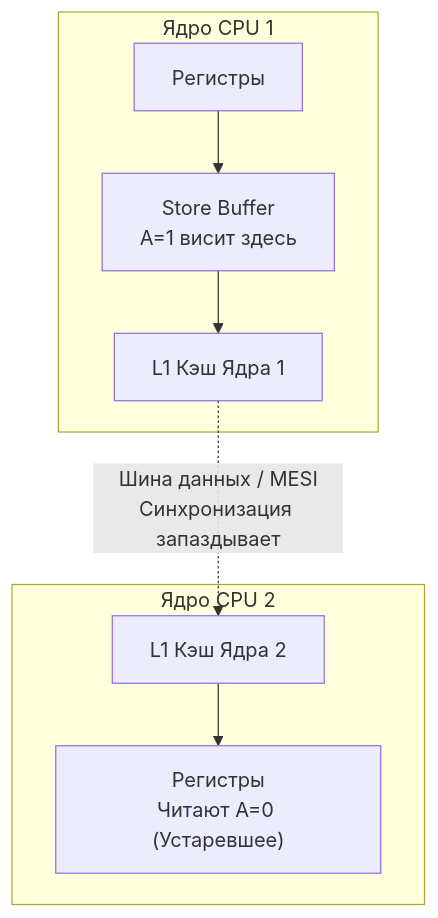
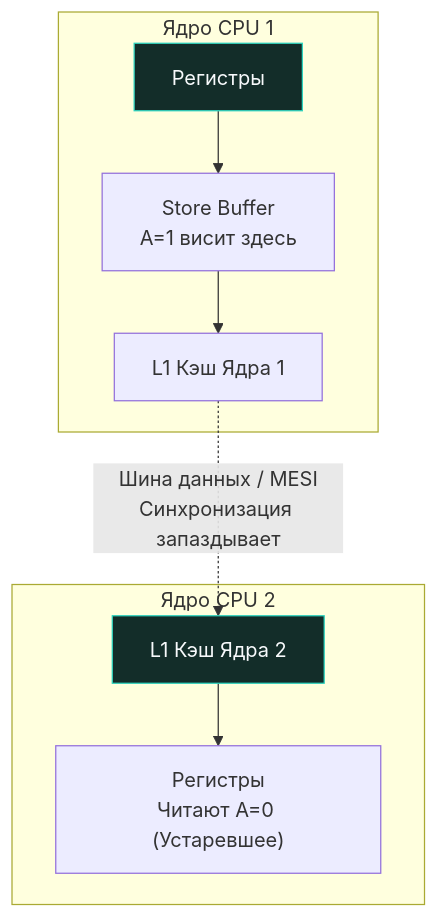
One commit to UnrealTemplier/go-textbook changed the first of 3 diagrams in sources/5. Учебник по Go (Основы и синтаксис)/42. Race Condition и Go Memory Model.md. Above: the diagram before and after it, drawn with Mermaid. The commit also changed other lines of this file and 1666 other files, not shown here.

First line of the commit message:
feat(mermaid): add semantic color classDef to 1369 colorless flowchart/graph diagrams

````diff
--- a/sources/5. Учебник по Go (Основы и синтаксис)/42. Race Condition и Go Memory Model.md
+++ b/sources/5. Учебник по Go (Основы и синтаксис)/42. Race Condition и Go Memory Model.md
@@ -31,13 +31,23 @@
 ```mermaid
 flowchart TD
+    classDef process  fill:#1e293b,stroke:#38bdf8,stroke-width:1px,color:#f8fafc
+    classDef success  fill:#064e3b,stroke:#34d399,stroke-width:1px,color:#f8fafc
+    classDef error    fill:#7f1d1d,stroke:#f87171,stroke-width:1px,color:#f8fafc
+    classDef warning  fill:#78350f,stroke:#fbbf24,stroke-width:1px,color:#f8fafc
+    classDef entry    fill:#1e3a5f,stroke:#38bdf8,stroke-width:2px,color:#f8fafc
+    classDef aux      fill:#334155,stroke:#64748b,stroke-width:1px,color:#f8fafc
+    classDef system   fill:#312e81,stroke:#a78bfa,stroke-width:1px,color:#f8fafc
+    classDef data     fill:#132d29,stroke:#2dd4bf,stroke-width:1px,color:#f8fafc
+    classDef network  fill:#881337,stroke:#fb7185,stroke-width:1px,color:#f8fafc
+    classDef accent   fill:#1e1b4b,stroke:#818cf8,stroke-width:1px,color:#f8fafc
     subgraph Core1 ["Ядро CPU 1"]
-        Reg1["Регистры"] --> SB1["Store Buffer<br>A=1 висит здесь"]
+        Reg1["Регистры"]:::data --> SB1["Store Buffer<br>A=1 висит здесь"]
         SB1 --> L1_1["L1 Кэш Ядра 1"]
     end
     
     subgraph Core2 ["Ядро CPU 2"]
-        L1_2["L1 Кэш Ядра 2"] --> Reg2["Регистры<br>Читают A=0 (Устаревшее)"]
+        L1_2["L1 Кэш Ядра 2"]:::data --> Reg2["Регистры<br>Читают A=0 (Устаревшее)"]
     end
     
     L1_1 -.->|"Шина данных / MESI<br>Синхронизация запаздывает"| L1_2
 ```
````
